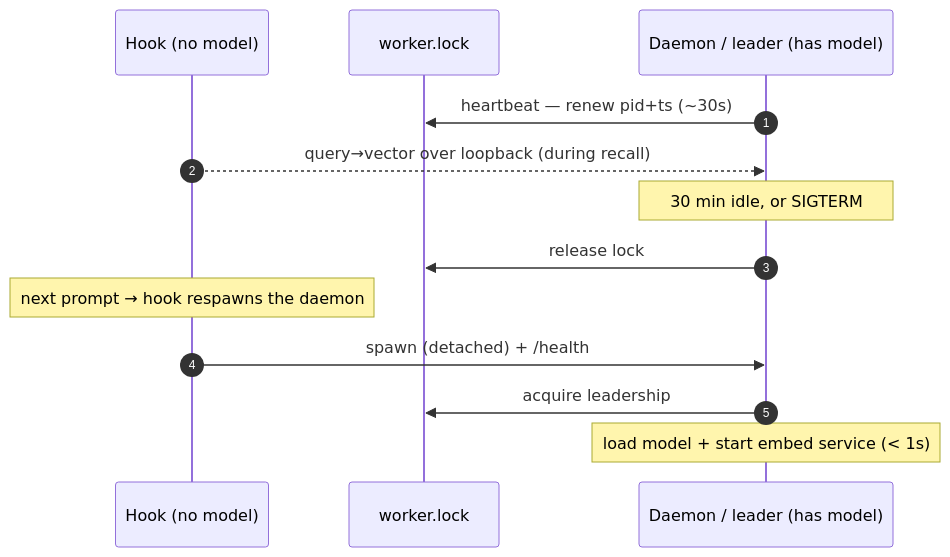
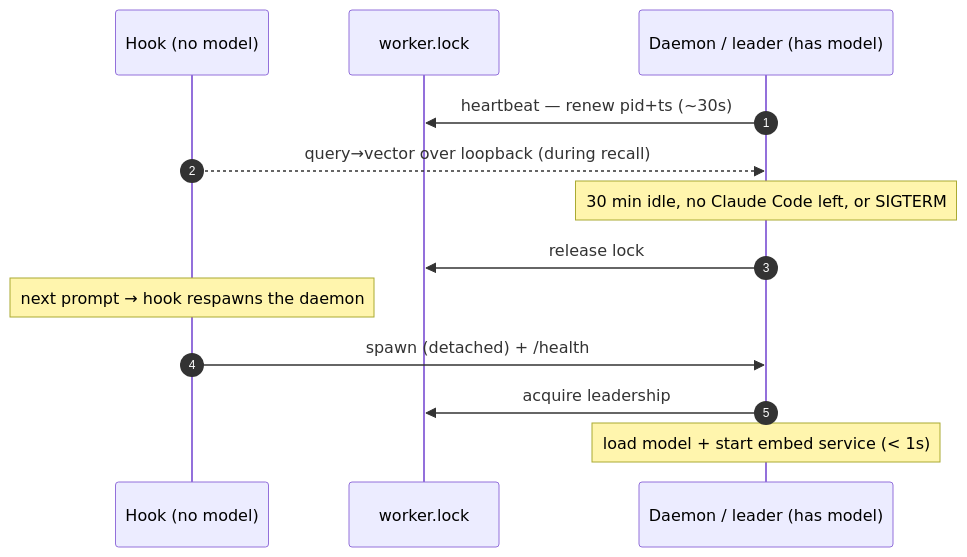
Before and after one commit to pendrayg/memory: the third of 3 diagrams in README.md, drawn with Mermaid. The commit also changed other lines of this file and 13 other files, not shown here.

````diff
--- a/README.md
+++ b/README.md
@@ -252,15 +252,15 @@
 ```mermaid
 sequenceDiagram
     autonumber
     participant H as Hook (no model)
     participant K as worker.lock
     participant L as Daemon / leader (has model)
     L->>K: heartbeat — renew pid+ts (~30s)
     H-->>L: query→vector over loopback (during recall)
-    Note over L: 30 min idle, or SIGTERM
+    Note over L: 30 min idle, no Claude Code left, or SIGTERM
     L->>K: release lock
     Note over H: next prompt → hook respawns the daemon
     H->>L: spawn (detached) + /health
     L->>K: acquire leadership
     Note over L: load model + start embed service (< 1s)
 ```
````
